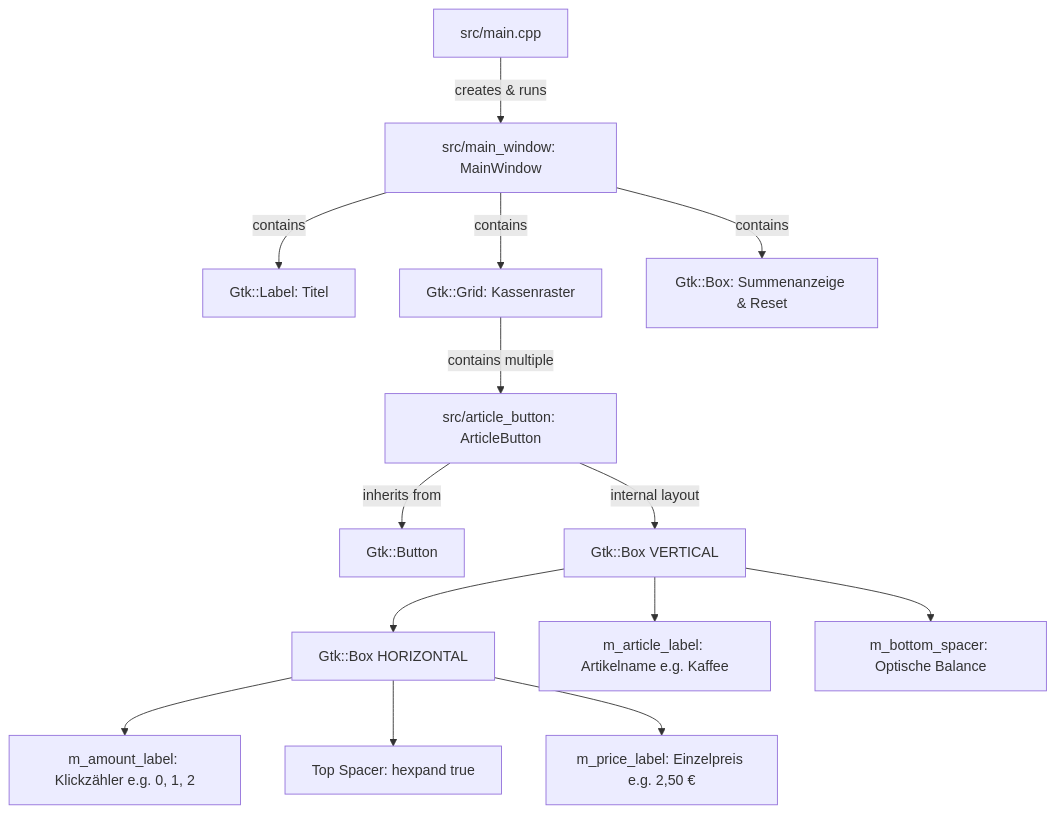
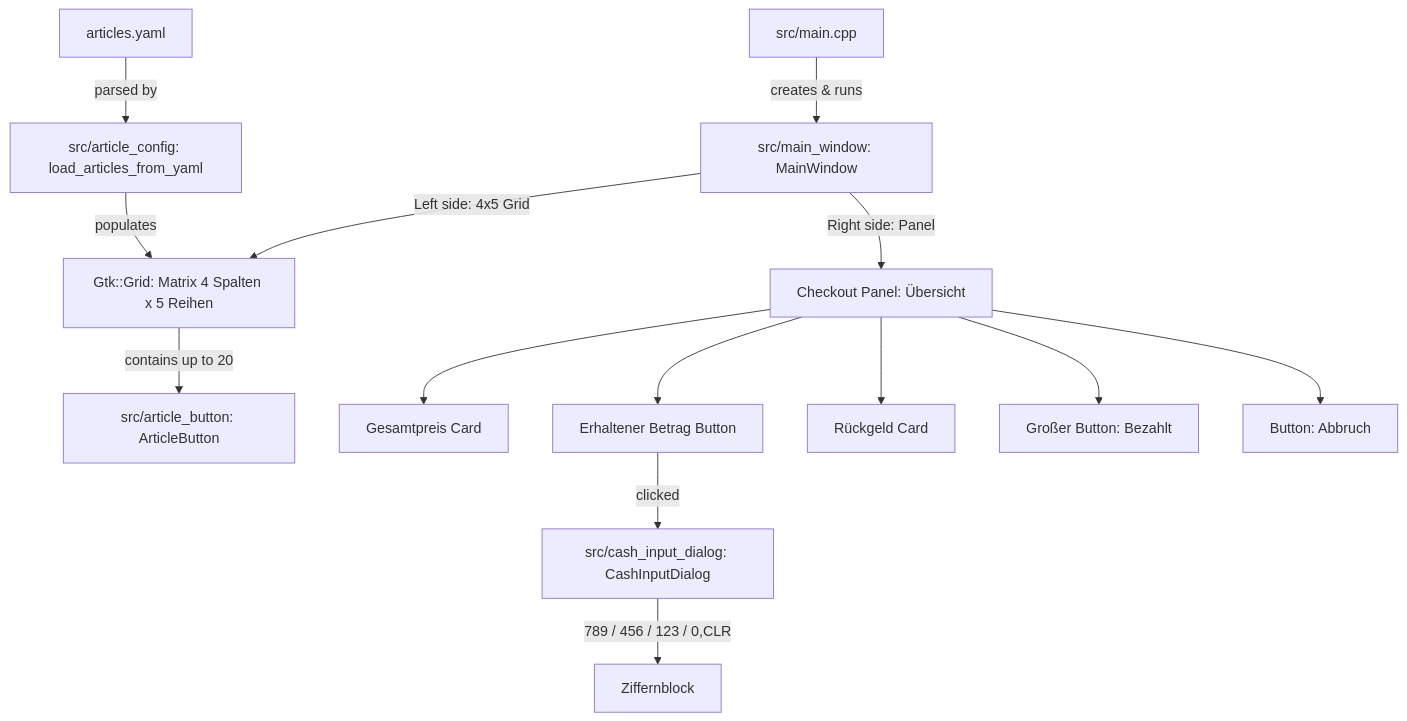
One commit to frokrevilo/new_caisse changed the diagram in INFO.md. Above: the diagram before and after it, drawn with Mermaid. The commit also changed other lines of this file and 11 other files, not shown here.

````diff
--- a/INFO.md
+++ b/INFO.md
@@ -41,18 +47,20 @@
 ```mermaid
 graph TD
     Main[src/main.cpp] -->|creates & runs| AppWindow[src/main_window: MainWindow]
-    AppWindow -->|contains| TitleLabel[Gtk::Label: Titel]
-    AppWindow -->|contains| Grid[Gtk::Grid: Kassenraster]
-    AppWindow -->|contains| BottomBar[Gtk::Box: Summenanzeige & Reset]
+    AppWindow -->|Left side: 4x5 Grid| Grid[Gtk::Grid: Matrix 4 Spalten x 5 Reihen]
+    AppWindow -->|Right side: Panel| Panel[Checkout Panel: Übersicht]
     
-    Grid -->|contains multiple| ArtBtn[src/article_button: ArticleButton]
-    ArtBtn -->|inherits from| GtkButton[Gtk::Button]
+    YAML[articles.yaml] -->|parsed by| Config[src/article_config: load_articles_from_yaml]
+    Config -->|populates| Grid
     
-    ArtBtn -->|internal layout| RootBox[Gtk::Box VERTICAL]
-    RootBox --> TopBox[Gtk::Box HORIZONTAL]
-    TopBox --> AmountBadge[m_amount_label: Klickzähler e.g. 0, 1, 2]
-    TopBox --> Spacer[Top Spacer: hexpand true]
-    TopBox --> PriceLabel[m_price_label: Einzelpreis e.g. 2,50 €]
-    RootBox --> ArticleLabel[m_article_label: Artikelname e.g. Kaffee]
-    RootBox --> BottomSpacer[m_bottom_spacer: Optische Balance]
+    Grid -->|contains up to 20| ArtBtn[src/article_button: ArticleButton]
+    
+    Panel --> TotalCard[Gesamtpreis Card]
+    Panel --> ReceivedCard[Erhaltener Betrag Button]
+    Panel --> ChangeCard[Rückgeld Card]
+    Panel --> PayBtn[Großer Button: Bezahlt]
+    Panel --> CancelBtn[Button: Abbruch]
+    
+    ReceivedCard -->|clicked| KeypadDialog[src/cash_input_dialog: CashInputDialog]
+    KeypadDialog -->|789 / 456 / 123 / 0,CLR| KeypadGrid[Ziffernblock]
 ```
````
